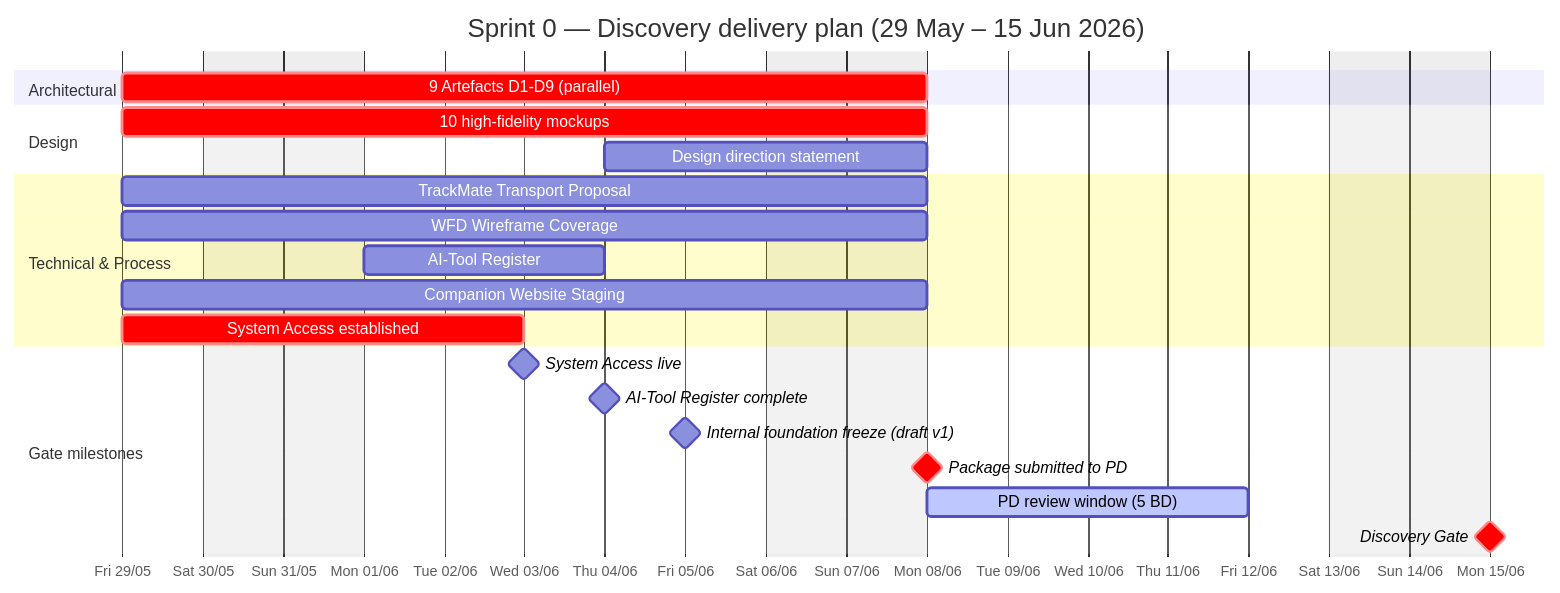
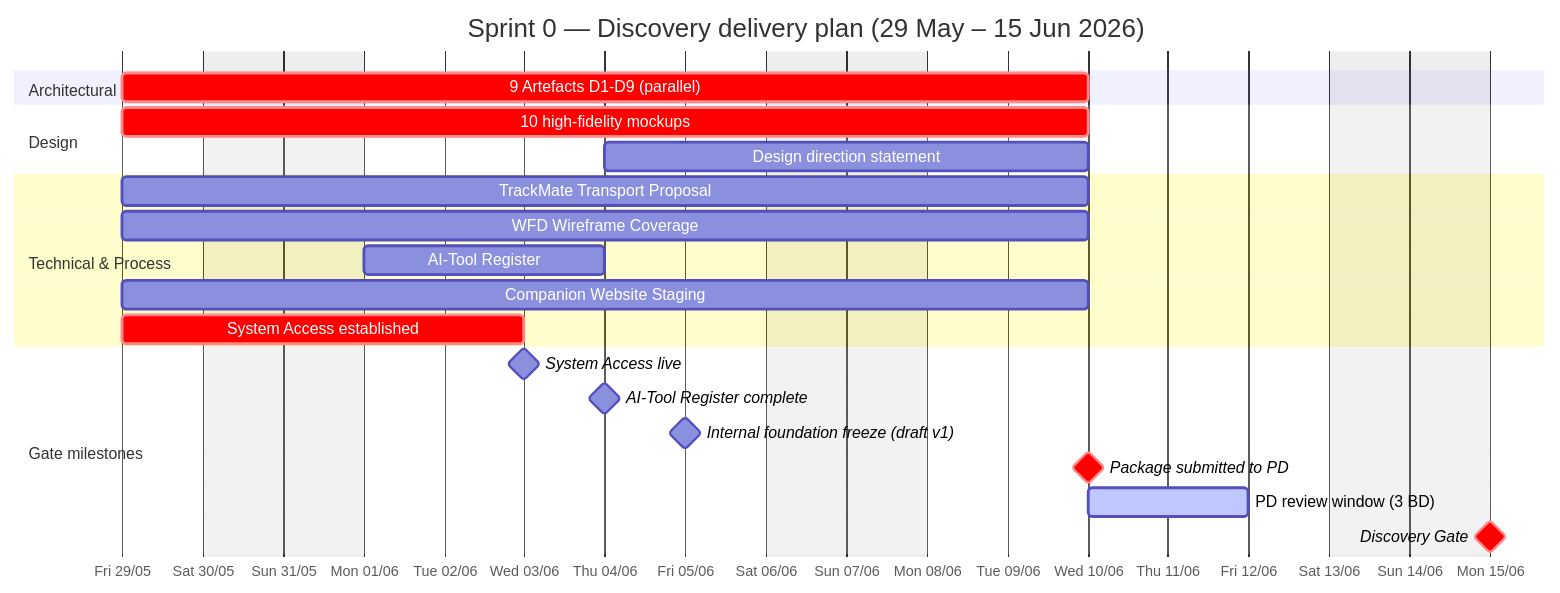
The diagram in confluence-export/01-about/02-planning/02-sprint-0-discovery.md (giakhanh22024558/Trackaroo-Cheat-Sheat), drawn with Mermaid before and after one commit. The commit also changed other lines of this file, not shown here.

First line of the commit message:
sprint-0: shift submission to Wed 10 Jun + PD review window 10-12 Jun

````diff
--- a/confluence-export/01-about/02-planning/02-sprint-0-discovery.md
+++ b/confluence-export/01-about/02-planning/02-sprint-0-discovery.md
@@ -13,30 +13,30 @@
 ```mermaid
 gantt
     title Sprint 0 — Discovery delivery plan (29 May – 15 Jun 2026)
     dateFormat YYYY-MM-DD
     axisFormat %a %d/%m
     tickInterval 1day
     excludes weekends
 
     section Architectural
-    9 Artefacts D1-D9 (parallel)          :crit, 2026-05-29, 2026-06-08
+    9 Artefacts D1-D9 (parallel)          :crit, 2026-05-29, 2026-06-10
 
     section Design
-    10 high-fidelity mockups               :crit, 2026-05-29, 2026-06-08
-    Design direction statement             :2026-06-04, 2026-06-08
+    10 high-fidelity mockups               :crit, 2026-05-29, 2026-06-10
+    Design direction statement             :2026-06-04, 2026-06-10
 
     section Technical & Process
-    TrackMate Transport Proposal           :2026-05-29, 2026-06-08
-    WFD Wireframe Coverage                 :2026-05-29, 2026-06-08
+    TrackMate Transport Proposal           :2026-05-29, 2026-06-10
+    WFD Wireframe Coverage                 :2026-05-29, 2026-06-10
     AI-Tool Register                       :2026-06-01, 2026-06-04
-    Companion Website Staging              :2026-05-29, 2026-06-08
+    Companion Website Staging              :2026-05-29, 2026-06-10
     System Access established              :crit, 2026-05-29, 2026-06-03
 
     section Gate milestones
     System Access live                     :milestone, 2026-06-03, 0d
     AI-Tool Register complete              :milestone, 2026-06-04, 0d
     Internal foundation freeze (draft v1)  :milestone, 2026-06-05, 0d
-    Package submitted to PD                :milestone, crit, 2026-06-08, 0d
-    PD review window (5 BD)                :active, 2026-06-08, 2026-06-12
+    Package submitted to PD                :milestone, crit, 2026-06-10, 0d
+    PD review window (3 BD)                :active, 2026-06-10, 2026-06-12
     Discovery Gate                         :milestone, crit, 2026-06-15, 0d
 ```
````
